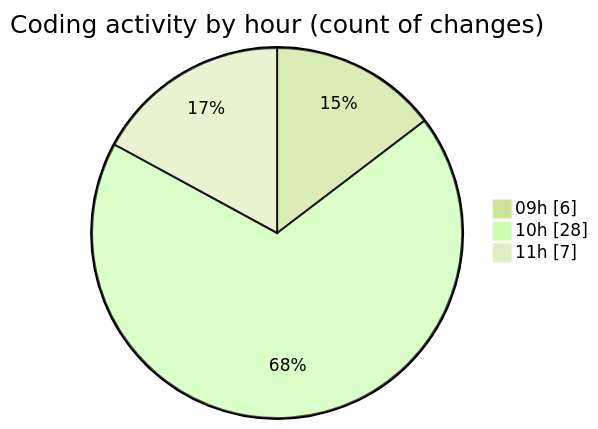
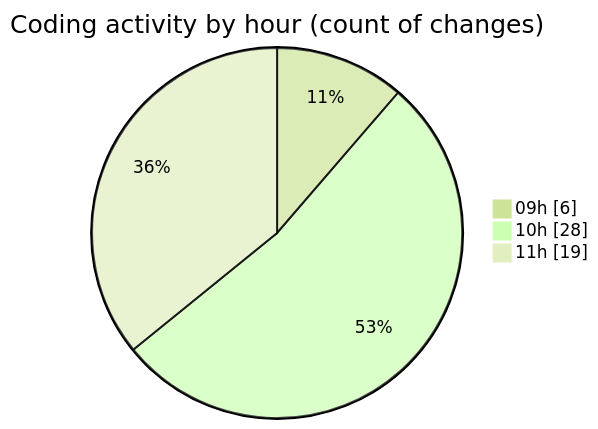
One commit to momahboobian/code-tracking changed the second of 2 diagrams in 2025-03-27/cda/README.md. Above: the diagram before and after it, drawn with Mermaid (forest theme). The commit also changed other lines of this file and 1 other file, not shown here.

````diff
--- a/2025-03-27/cda/README.md
+++ b/2025-03-27/cda/README.md
@@ -30,7 +30,7 @@
 ```mermaid
 pie showData
 title Coding activity by hour (count of changes)
 "09h" : 6
 "10h" : 28
-"11h" : 7
+"11h" : 19
 ```
````
